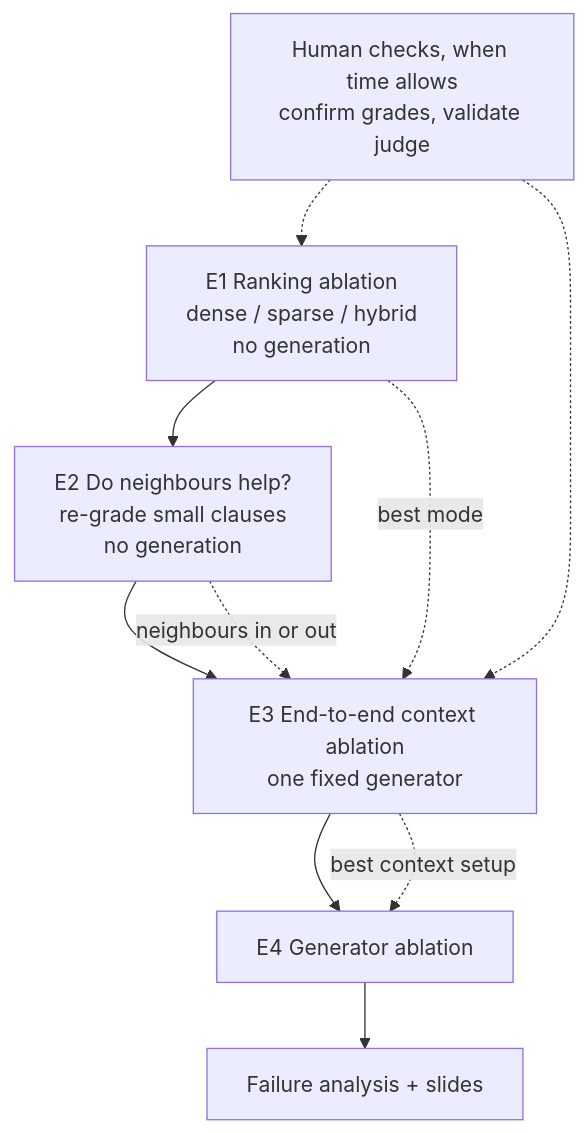
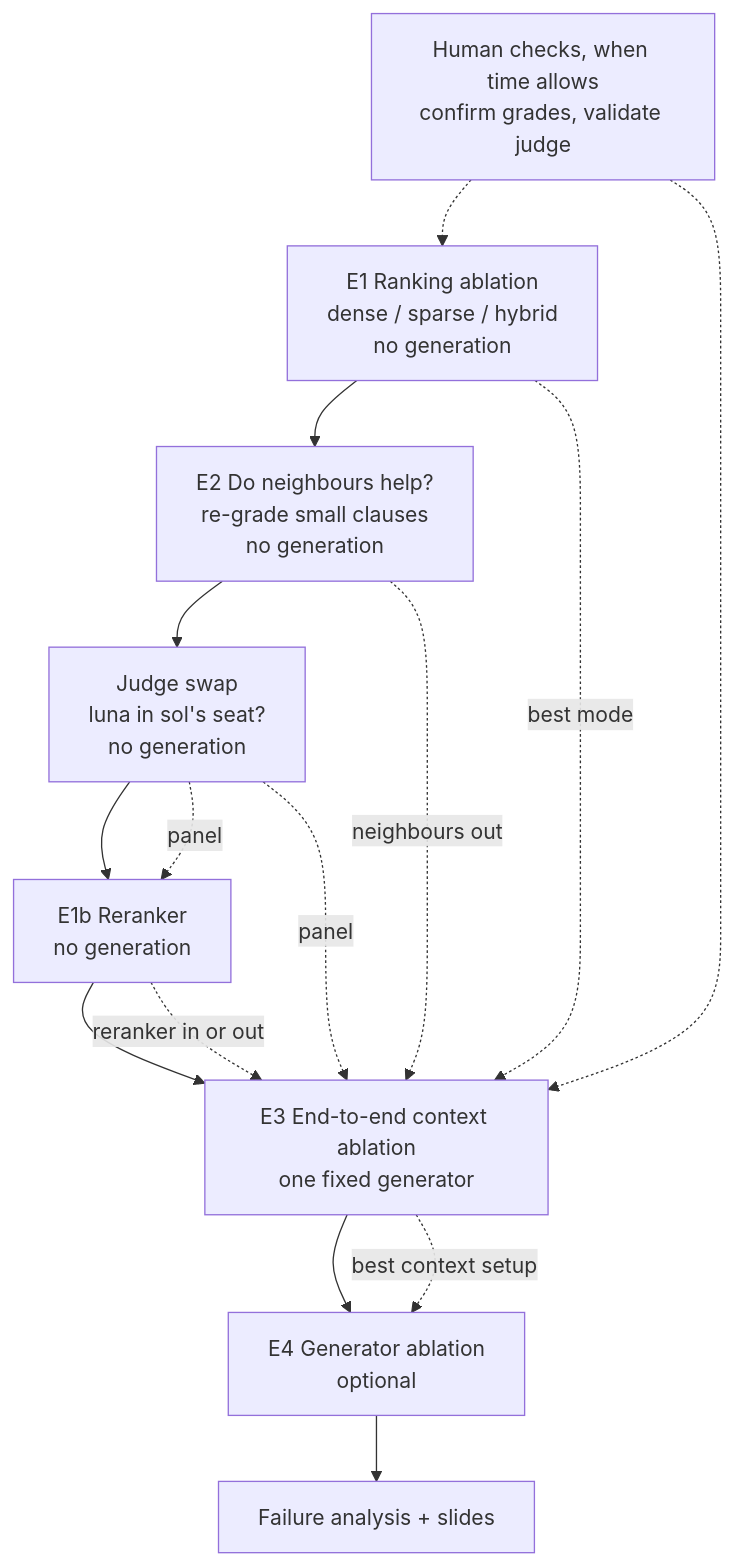
Before and after one commit to lemasc/rag-tax: the second of 2 diagrams in docs/plans/ablation-plan-retrieval-context-generator.md, drawn with Mermaid. The commit also changed other lines of this file and 4 other files, not shown here.

First line of the commit message:
Plan the judge swap and E1b, and check luna against sol on the E1 pool

````diff
--- a/docs/plans/ablation-plan-retrieval-context-generator.md
+++ b/docs/plans/ablation-plan-retrieval-context-generator.md
@@ -43,12 +43,17 @@
 ```mermaid
 flowchart TD
     E1[E1 Ranking ablation<br/>dense / sparse / hybrid<br/>no generation] --> E2
-    E2[E2 Do neighbours help?<br/>re-grade small clauses<br/>no generation] --> E3
+    E2[E2 Do neighbours help?<br/>re-grade small clauses<br/>no generation] --> S
+    S[Judge swap<br/>luna in sol's seat?<br/>no generation] --> E1b
+    E1b[E1b Reranker<br/>no generation] --> E3
     E3[E3 End-to-end context ablation<br/>one fixed generator] --> E4
-    E4[E4 Generator ablation] --> F[Failure analysis + slides]
+    E4[E4 Generator ablation<br/>optional] --> F[Failure analysis + slides]
     E1 -. "best mode" .-> E3
-    E2 -. "neighbours in or out" .-> E3
+    E2 -. "neighbours out" .-> E3
+    S -. "panel" .-> E1b
+    S -. "panel" .-> E3
+    E1b -. "reranker in or out" .-> E3
     E3 -. "best context setup" .-> E4
     H[Human checks, when time allows<br/>confirm grades, validate judge] -.-> E1
     H -.-> E3
 ```
````
